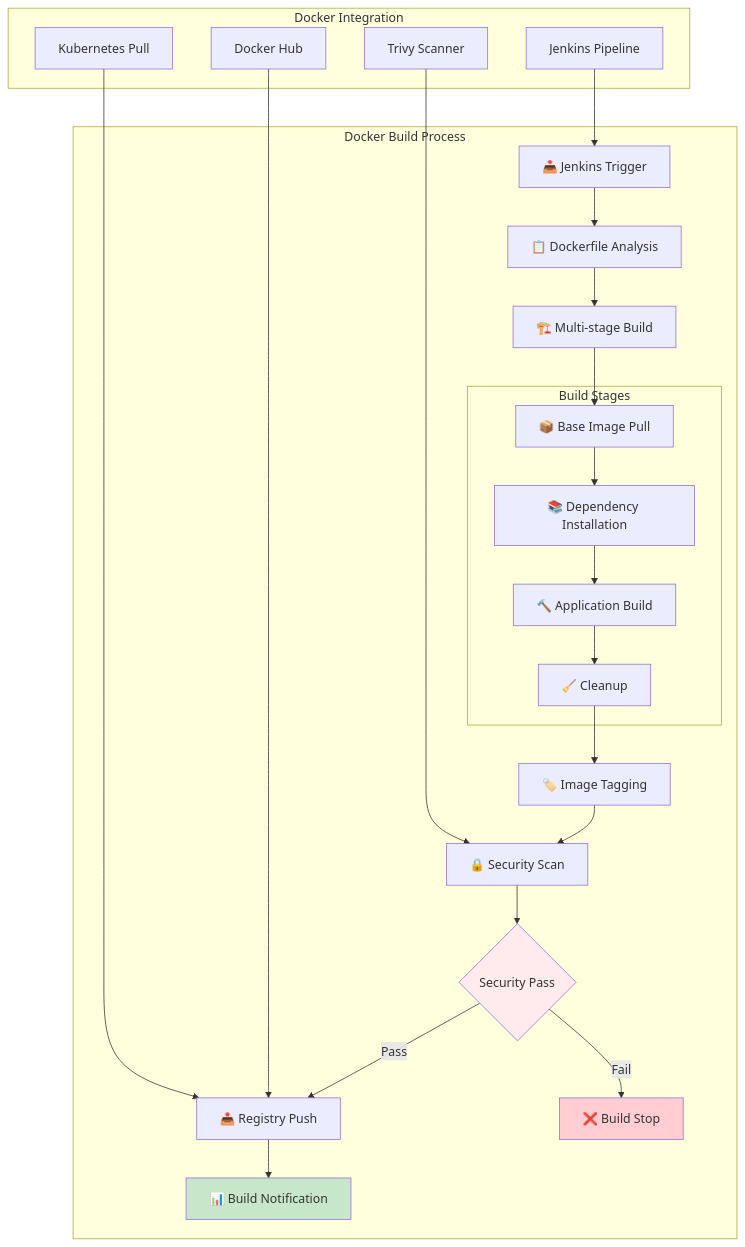
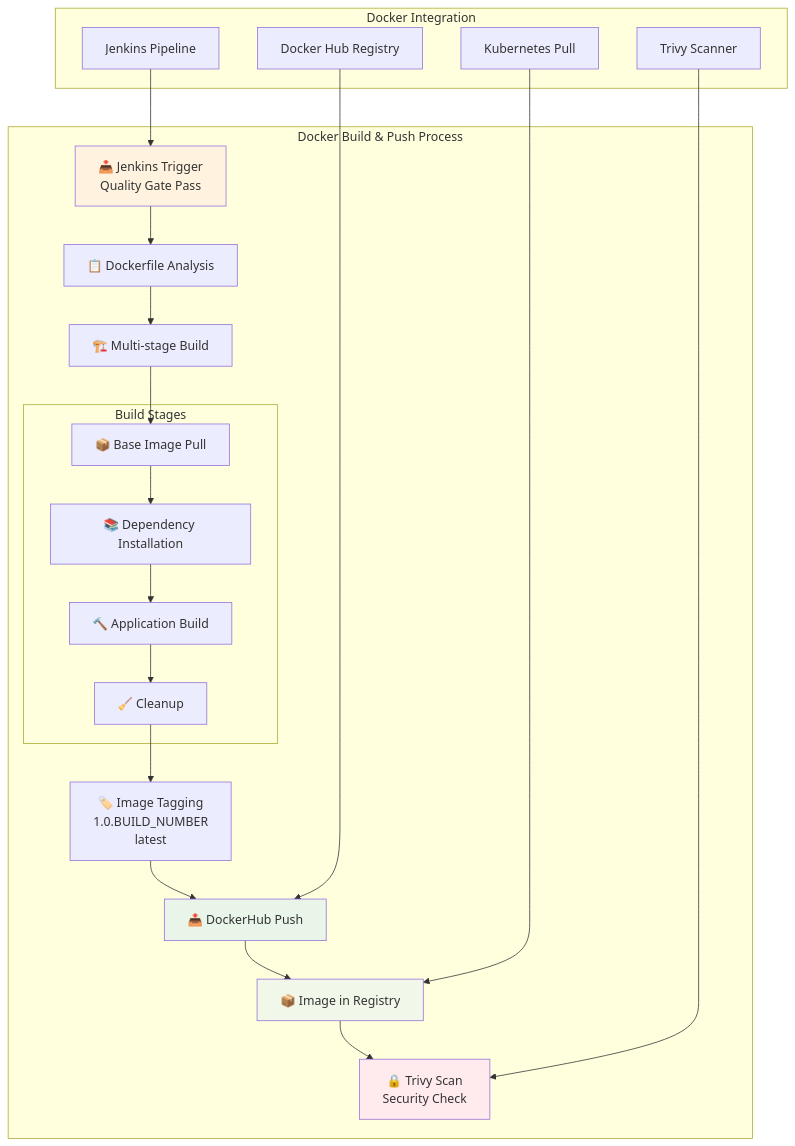
One commit to onurglr/aws-pipeline changed the second of 9 diagrams in detailed-devops-diagrams.md. Above: the diagram before and after it, drawn with Mermaid. The commit also changed other lines of this file and 1 other file, not shown here.

````diff
--- a/detailed-devops-diagrams.md
+++ b/detailed-devops-diagrams.md
@@ -46,38 +43,36 @@
 ```mermaid
 graph TB
-    subgraph "Docker Build Process"
-        A[📥 Jenkins Trigger] --> B[📋 Dockerfile Analysis]
+    subgraph "Docker Build & Push Process"
+        A[📥 Jenkins Trigger<br/>Quality Gate Pass] --> B[📋 Dockerfile Analysis]
         B --> C[🏗️ Multi-stage Build]
         
         subgraph "Build Stages"
             C1[📦 Base Image Pull]
             C2[📚 Dependency Installation]
             C3[🔨 Application Build]
             C4[🧹 Cleanup]
         end
         
         C --> C1
         C1 --> C2
         C2 --> C3
         C3 --> C4
         
-        C4 --> D[🏷️ Image Tagging]
-        D --> E[🔒 Security Scan]
-        E --> F{Security Pass}
-        F -->|Pass| G[📤 Registry Push]
-        F -->|Fail| H[❌ Build Stop]
-        
-        G --> I[📊 Build Notification]
+        C4 --> D[🏷️ Image Tagging<br/>1.0.BUILD_NUMBER<br/>latest]
+        D --> E[📤 DockerHub Push]
+        E --> F[📦 Image in Registry]
+        F --> G[🔒 Trivy Scan<br/>Security Check]
     end
     
     subgraph "Docker Integration"
-        J[Jenkins Pipeline] --> A
-        K[Trivy Scanner] --> E
-        L[Docker Hub] --> G
-        M[Kubernetes Pull] --> G
+        H[Jenkins Pipeline] --> A
+        I[Docker Hub Registry] --> E
+        J[Trivy Scanner] --> G
+        K[Kubernetes Pull] --> F
     end
     
-    style F fill:#ffebee
-    style H fill:#ffcdd2
-    style I fill:#c8e6c9
+    style A fill:#fff3e0
+    style E fill:#e8f5e8
+    style G fill:#ffebee
+    style F fill:#f1f8e9
 ```
````
